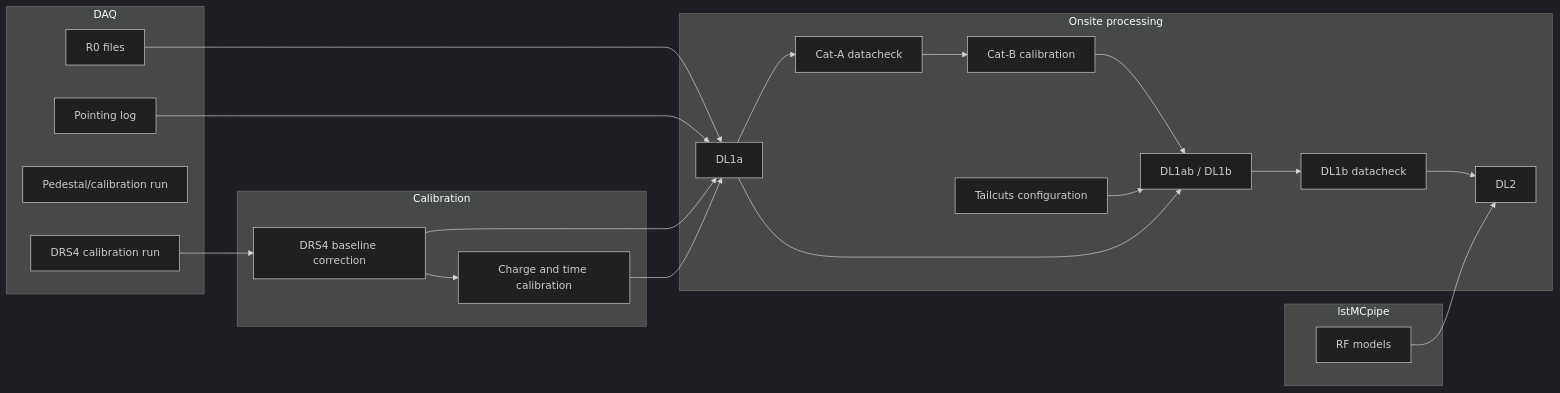
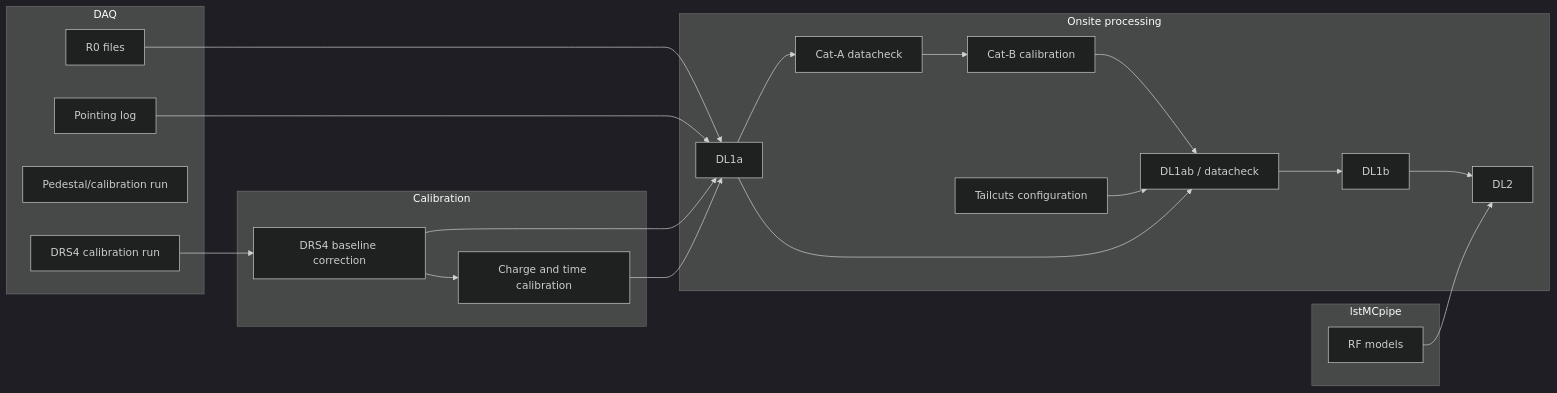
One commit to cta-observatory/lstosa changed the second of 2 diagrams in README.md. Above: the diagram before and after it, drawn with Mermaid (dark theme).

````diff
--- a/README.md
+++ b/README.md
@@ -141,40 +141,40 @@
 ```mermaid
 graph LR
     subgraph DAQ
         R0[R0 files]
         DRS4[DRS4 calibration run]
         PED[Pedestal/calibration run]
         POINT[Pointing log]
     end
 
     subgraph Calibration
         C1[DRS4 baseline correction]
         C2[Charge and time calibration]
         DRS4 --> C1 --> C2
     end
 
     subgraph Onsite processing
         A[DL1a]
         CA[Cat-A datacheck]
         B[Cat-B calibration]
         TC[Tailcuts configuration]
-        AB[DL1ab / DL1b]
-        CHECK[DL1b datacheck]
+        AB[DL1ab / datacheck]
+        CHECK[DL1b]
         DL2[DL2]
         R0 --> A
         POINT --> A
         C1 --> A
         C2 --> A
         A --> CA --> B
         B --> AB
         TC --> AB
         A --> AB
         AB --> CHECK --> DL2
     end
 
     subgraph lstMCpipe
         RF[RF models]
     end
 
     RF --> DL2
 ```
````
